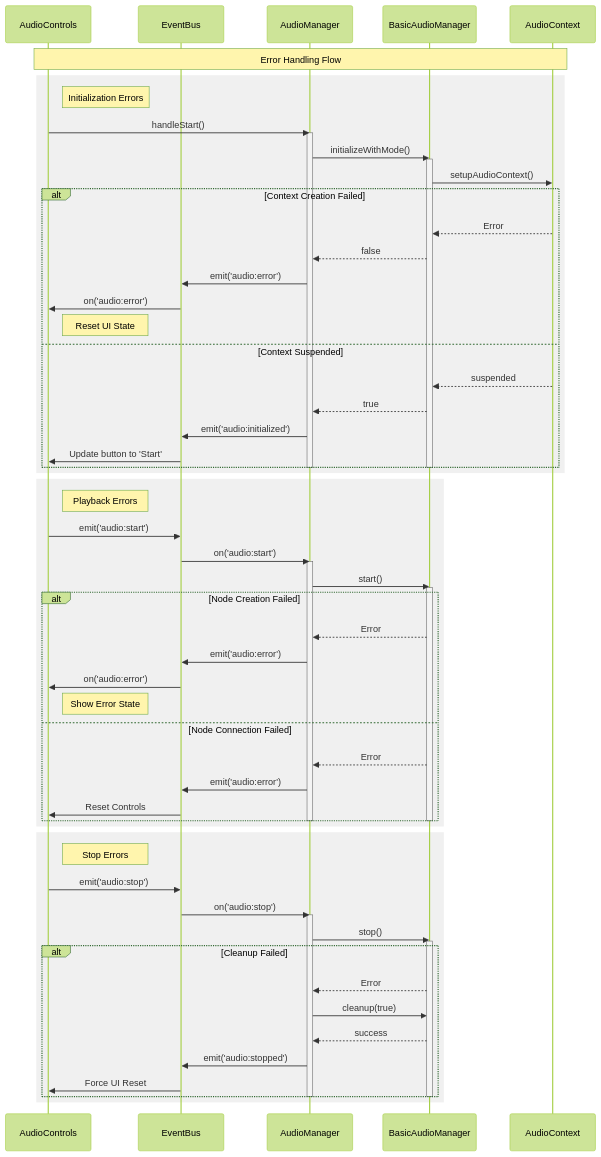
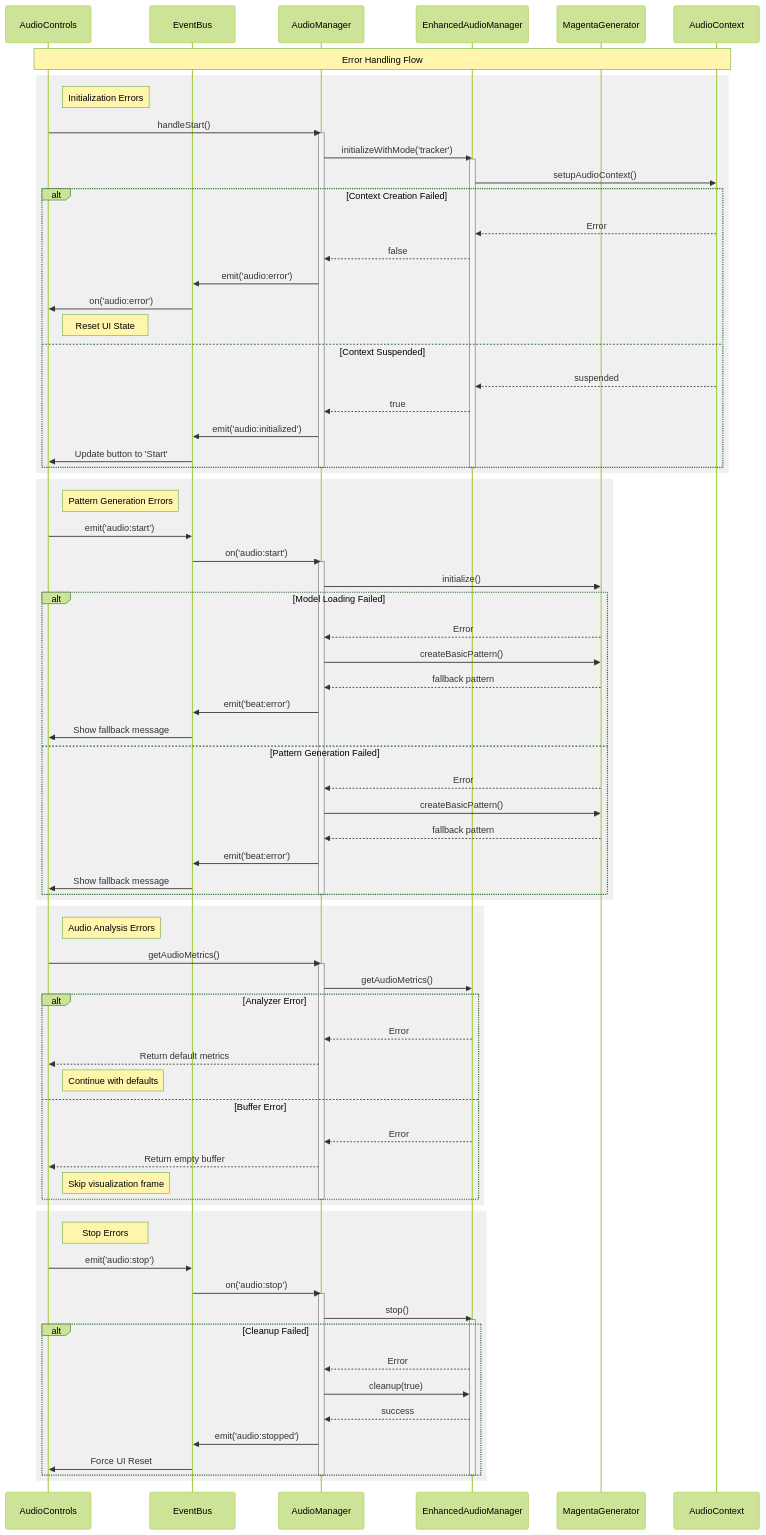
Before and after one commit to mgantlett/audio-viz: the first of 3 diagrams in diagrams/error-handling-flow.md, drawn with Mermaid (forest theme). The commit also changed other lines of this file and 9 other files, not shown here.

First line of the commit message:
feat(audio): enhance audio system with Magenta pattern generation

````diff
--- a/diagrams/error-handling-flow.md
+++ b/diagrams/error-handling-flow.md
@@ -11,7 +11,8 @@
     participant UI as AudioControls
     participant EB as EventBus
     participant AM as AudioManager
-    participant BM as BasicAudioManager
+    participant EM as EnhancedAudioManager
+    participant MG as MagentaGenerator
     participant AC as AudioContext
 
     Note over UI,AC: Error Handling Flow
@@ -20,43 +21,61 @@
         Note right of UI: Initialization Errors
         UI->>AM: handleStart()
         activate AM
-        AM->>BM: initializeWithMode()
-        activate BM
-        BM->>AC: setupAudioContext()
+        AM->>EM: initializeWithMode('tracker')
+        activate EM
+        EM->>AC: setupAudioContext()
         alt Context Creation Failed
-            AC-->>BM: Error
-            BM-->>AM: false
+            AC-->>EM: Error
+            EM-->>AM: false
             AM->>EB: emit('audio:error')
             EB->>UI: on('audio:error')
             Note right of UI: Reset UI State
         else Context Suspended
-            AC-->>BM: suspended
-            BM-->>AM: true
+            AC-->>EM: suspended
+            EM-->>AM: true
             AM->>EB: emit('audio:initialized')
             EB->>UI: Update button to 'Start'
         end
-        deactivate BM
+        deactivate EM
         deactivate AM
     end
 
     rect rgb(240, 240, 240)
-        Note right of UI: Playback Errors
+        Note right of UI: Pattern Generation Errors
         UI->>EB: emit('audio:start')
         EB->>AM: on('audio:start')
         activate AM
-        AM->>BM: start()
-        activate BM
-        alt Node Creation Failed
-            BM-->>AM: Error
-            AM->>EB: emit('audio:error')
-            EB->>UI: on('audio:error')
-            Note right of UI: Show Error State
-        else Node Connection Failed
-            BM-->>AM: Error
-            AM->>EB: emit('audio:error')
-            EB->>UI: Reset Controls
+        AM->>MG: initialize()
+        alt Model Loading Failed
+            MG-->>AM: Error
+            AM->>MG: createBasicPattern()
+            MG-->>AM: fallback pattern
+            AM->>EB: emit('beat:error')
+            EB->>UI: Show fallback message
+        else Pattern Generation Failed
+            MG-->>AM: Error
+            AM->>MG: createBasicPattern()
+            MG-->>AM: fallback pattern
+            AM->>EB: emit('beat:error')
+            EB->>UI: Show fallback message
         end
-        deactivate BM
+        deactivate AM
+    end
+
+    rect rgb(240, 240, 240)
+        Note right of UI: Audio Analysis Errors
+        UI->>AM: getAudioMetrics()
+        activate AM
+        AM->>EM: getAudioMetrics()
+        alt Analyzer Error
+            EM-->>AM: Error
+            AM-->>UI: Return default metrics
+            Note right of UI: Continue with defaults
+        else Buffer Error
+            EM-->>AM: Error
+            AM-->>UI: Return empty buffer
+            Note right of UI: Skip visualization frame
+        end
         deactivate AM
     end
 
@@ -65,16 +84,16 @@
         UI->>EB: emit('audio:stop')
         EB->>AM: on('audio:stop')
         activate AM
-        AM->>BM: stop()
-        activate BM
+        AM->>EM: stop()
+        activate EM
         alt Cleanup Failed
-            BM-->>AM: Error
-            AM->>BM: cleanup(true)
-            BM-->>AM: success
+            EM-->>AM: Error
+            AM->>EM: cleanup(true)
+            EM-->>AM: success
             AM->>EB: emit('audio:stopped')
             EB->>UI: Force UI Reset
         end
-        deactivate BM
+        deactivate EM
         deactivate AM
     end
 ```
````
